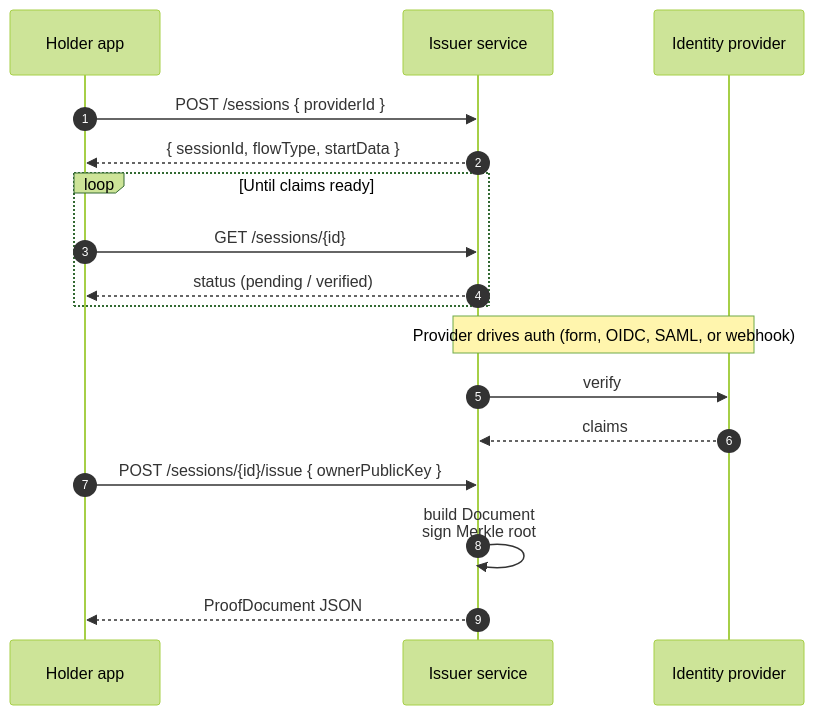
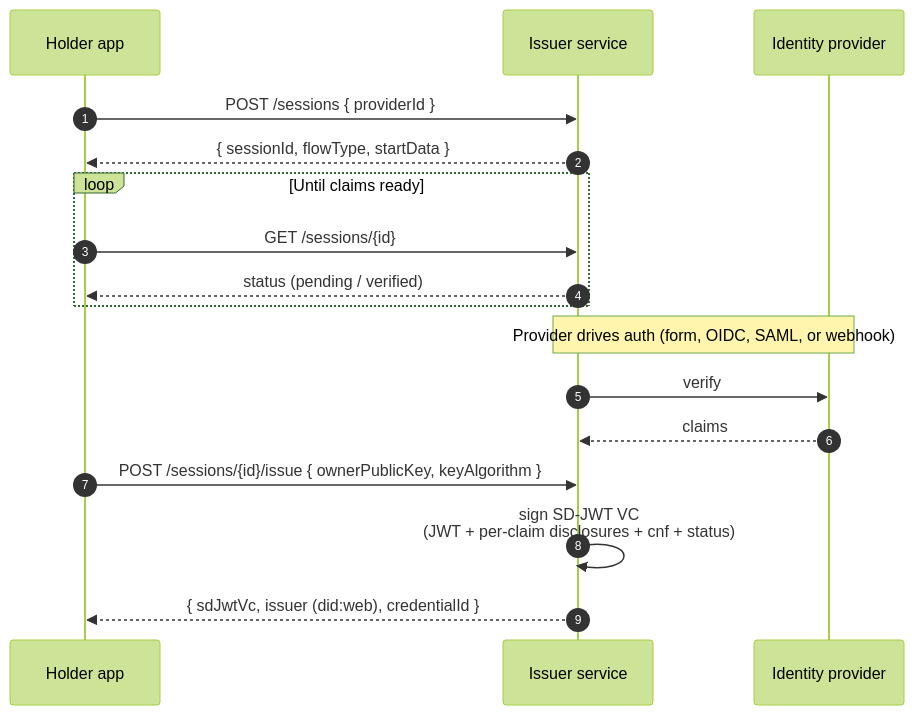
The diagram in crates/issuer-service/README.md (TriplePlayLabs/OWLID_RELEASE), drawn with Mermaid (forest theme) before and after one commit. The commit also changed other lines of this file and 651 other files, not shown here.

````diff
--- a/crates/issuer-service/README.md
+++ b/crates/issuer-service/README.md
@@ -44,20 +49,20 @@
 ```mermaid
 sequenceDiagram
     autonumber
     participant App as Holder app
     participant Svc as Issuer service
     participant IdP as Identity provider
 
     App->>Svc: POST /sessions { providerId }
     Svc-->>App: { sessionId, flowType, startData }
     loop Until claims ready
         App->>Svc: GET /sessions/{id}
         Svc-->>App: status (pending / verified)
     end
     Note over Svc,IdP: Provider drives auth (form, OIDC, SAML, or webhook)
     Svc->>IdP: verify
     IdP-->>Svc: claims
-    App->>Svc: POST /sessions/{id}/issue { ownerPublicKey }
-    Svc->>Svc: build Document<br/>sign Merkle root
-    Svc-->>App: ProofDocument JSON
+    App->>Svc: POST /sessions/{id}/issue { ownerPublicKey, keyAlgorithm }
+    Svc->>Svc: sign SD-JWT VC<br/>(JWT + per-claim disclosures + cnf + status)
+    Svc-->>App: { sdJwtVc, issuer (did:web), credentialId }
 ```
````
